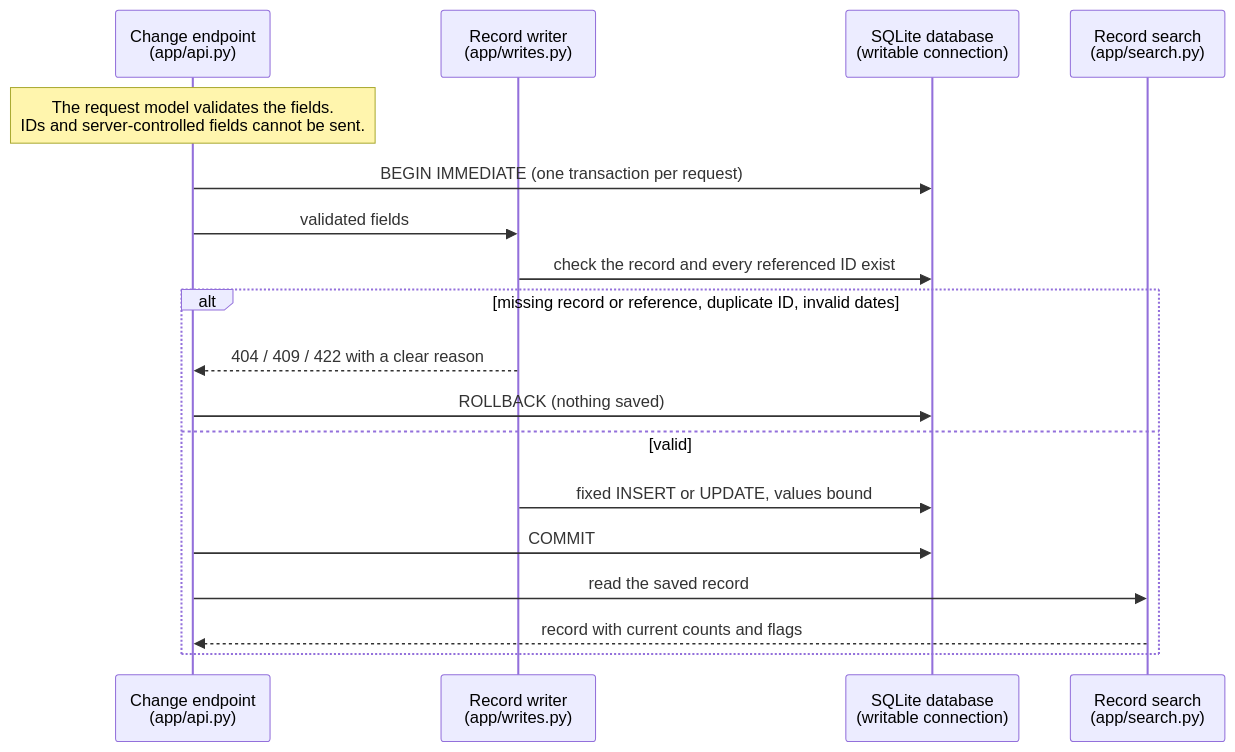
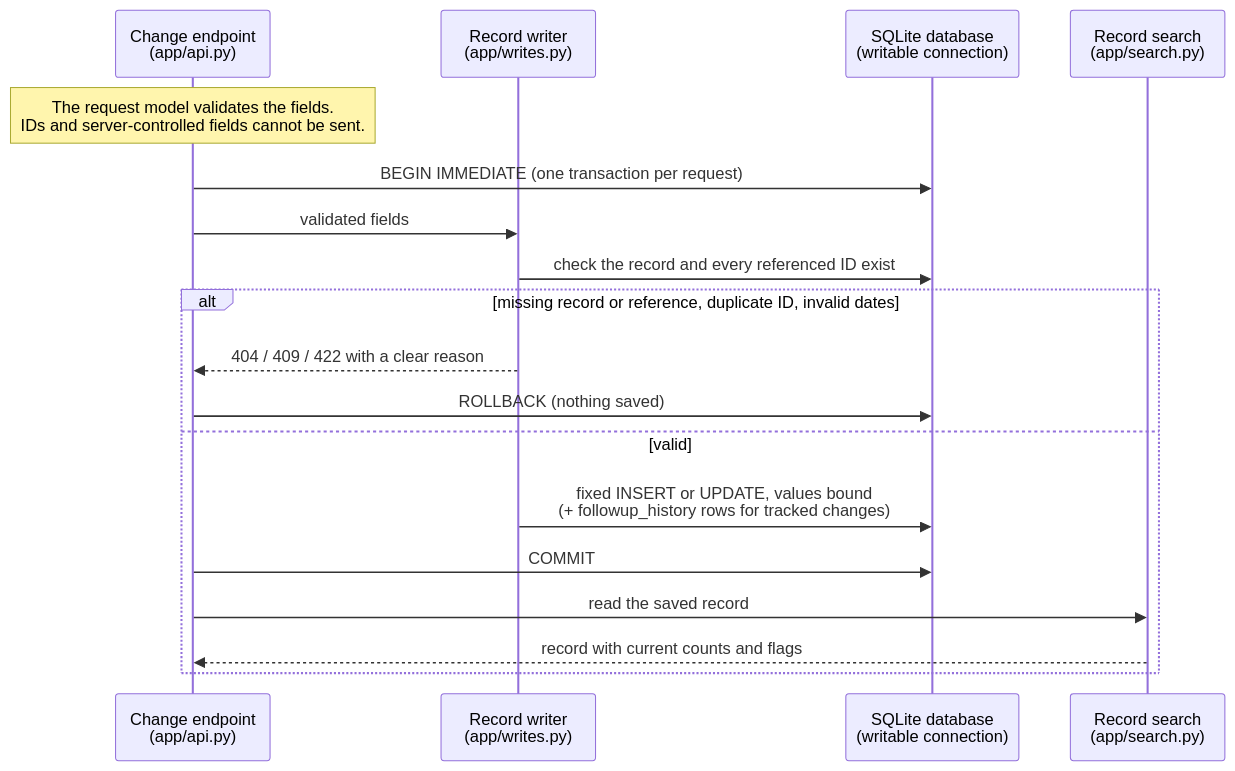
The third of 4 diagrams in README.md (tejdeep-pathipati9/visit-follow-up-tracker), drawn with Mermaid before and after one commit. The commit also changed other lines of this file and 6 other files, not shown here.

````diff
--- a/README.md
+++ b/README.md
@@ -104,21 +330,21 @@
 ```mermaid
 sequenceDiagram
     participant API as Change endpoint<br/>(app/api.py)
     participant Writer as Record writer<br/>(app/writes.py)
     participant DB as SQLite database<br/>(writable connection)
     participant Search as Record search<br/>(app/search.py)
 
     Note over API: The request model validates the fields.<br/>IDs and server-controlled fields cannot be sent.
     API->>DB: BEGIN IMMEDIATE (one transaction per request)
     API->>Writer: validated fields
     Writer->>DB: check the record and every referenced ID exist
     alt missing record or reference, duplicate ID, invalid dates
         Writer-->>API: 404 / 409 / 422 with a clear reason
         API->>DB: ROLLBACK (nothing saved)
     else valid
-        Writer->>DB: fixed INSERT or UPDATE, values bound
+        Writer->>DB: fixed INSERT or UPDATE, values bound<br/>(+ followup_history rows for tracked changes)
         API->>DB: COMMIT
         API->>Search: read the saved record
         Search-->>API: record with current counts and flags
     end
 ```
````
